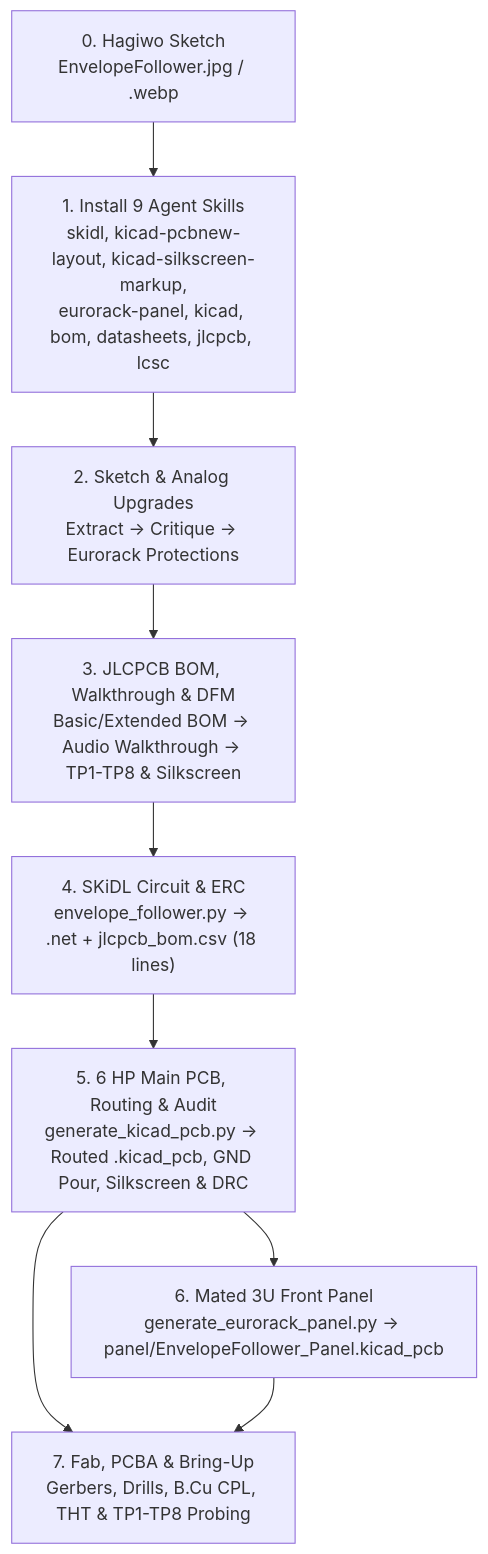
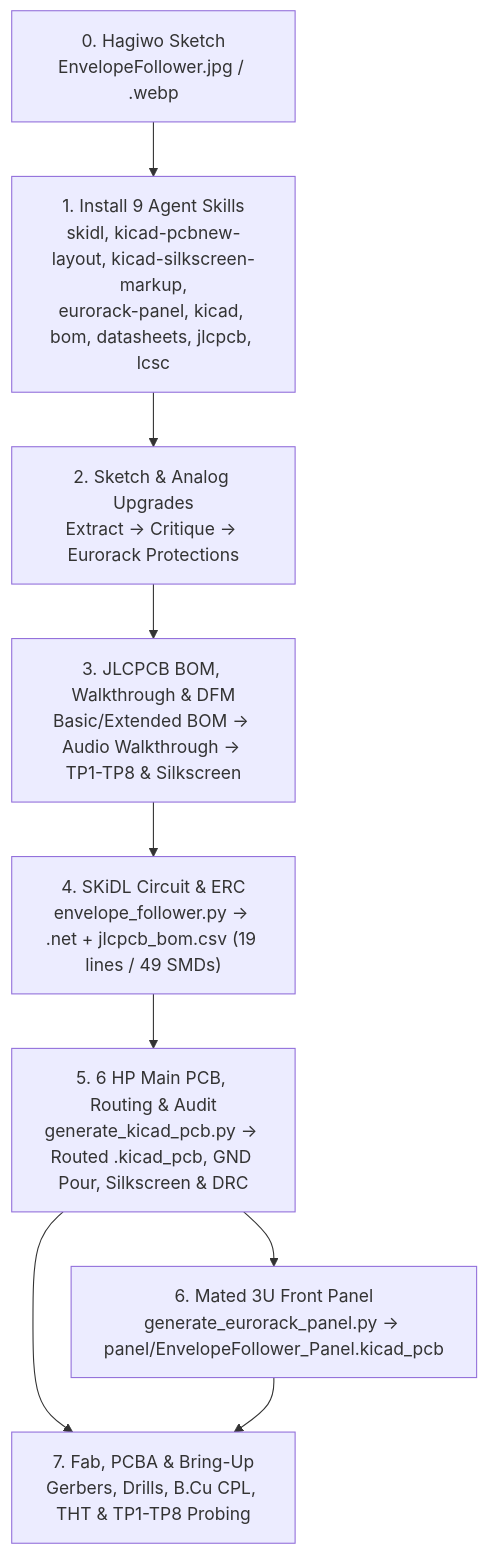
Before and after one commit to domesticmouse/EnvelopeFollower: the diagram in docs/index.md, drawn with Mermaid. The commit also changed other lines of this file and 11 other files, not shown here.

````diff
--- a/docs/index.md
+++ b/docs/index.md
@@ -11,11 +13,11 @@
 ```mermaid
 flowchart TD
     S0["0. Hagiwo Sketch<br/>EnvelopeFollower.jpg / .webp"] --> S1["1. Install 9 Agent Skills<br/>skidl, kicad-pcbnew-layout, kicad-silkscreen-markup,<br/>eurorack-panel, kicad, bom, datasheets, jlcpcb, lcsc"]
     S1 --> S2["2. Sketch & Analog Upgrades<br/>Extract -> Critique -> Eurorack Protections"]
     S2 --> S3["3. JLCPCB BOM, Walkthrough & DFM<br/>Basic/Extended BOM -> Audio Walkthrough -> TP1-TP8 & Silkscreen"]
-    S3 --> S4["4. SKiDL Circuit & ERC<br/>envelope_follower.py -> .net + jlcpcb_bom.csv (18 lines)"]
+    S3 --> S4["4. SKiDL Circuit & ERC<br/>envelope_follower.py -> .net + jlcpcb_bom.csv (19 lines / 49 SMDs)"]
     S4 --> S5["5. 6 HP Main PCB, Routing & Audit<br/>generate_kicad_pcb.py -> Routed .kicad_pcb, GND Pour, Silkscreen & DRC"]
     S5 --> S6["6. Mated 3U Front Panel<br/>generate_eurorack_panel.py -> panel/EnvelopeFollower_Panel.kicad_pcb"]
     S5 --> S7["7. Fab, PCBA & Bring-Up<br/>Gerbers, Drills, B.Cu CPL, THT & TP1-TP8 Probing"]
     S6 --> S7
 ```
````
